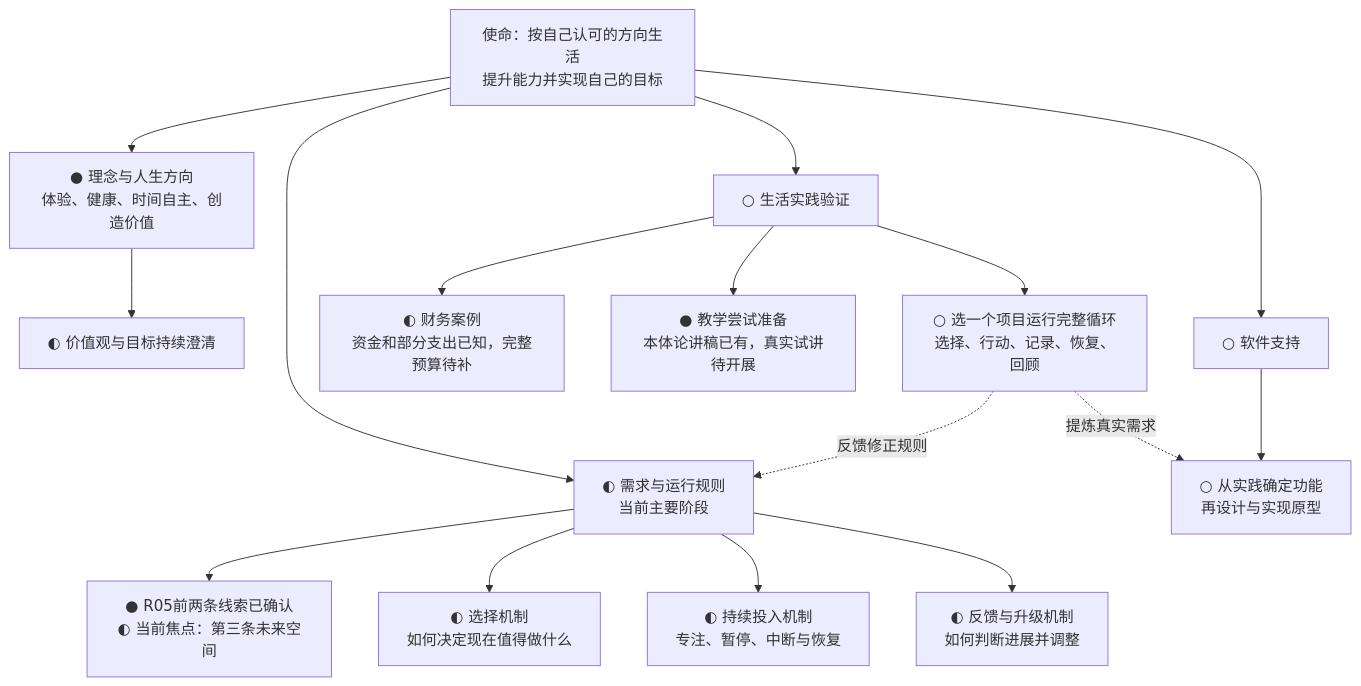
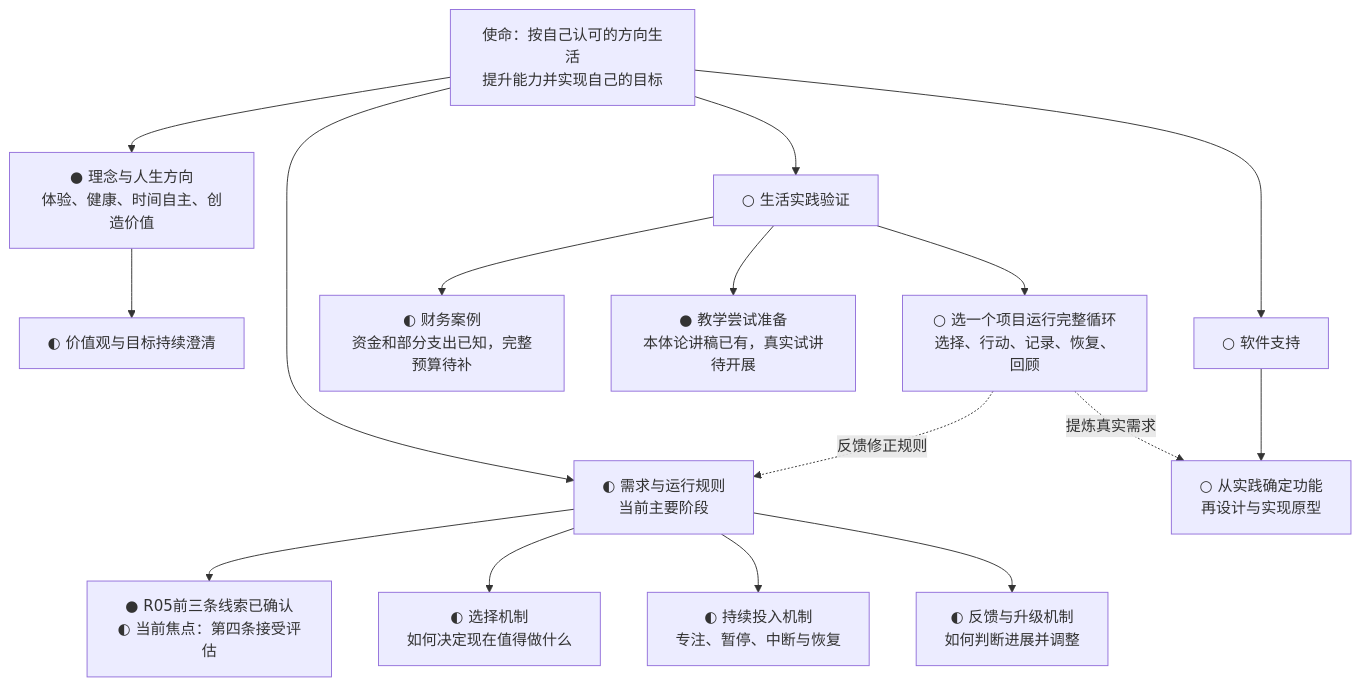
Before and after one commit to fangjiaqi2023-jpg/life-flywheel: the first of 2 diagrams in 项目/人生飞轮/项目推进图.md, drawn with Mermaid. The commit also changed other lines of this file, not shown here.

````diff
--- a/项目/人生飞轮/项目推进图.md
+++ b/项目/人生飞轮/项目推进图.md
@@ -11,22 +11,22 @@
 ```mermaid
 flowchart TD
     M[使命：按自己认可的方向生活<br/>提升能力并实现自己的目标]
     M --> A[● 理念与人生方向<br/>体验、健康、时间自主、创造价值]
     M --> B[◐ 需求与运行规则<br/>当前主要阶段]
     M --> C[○ 生活实践验证]
     M --> D[○ 软件支持]
 
     A --> A1[◐ 价值观与目标持续澄清]
-    B --> B0[● R05前两条线索已确认<br/>◐ 当前焦点：第三条未来空间]
+    B --> B0[● R05前三条线索已确认<br/>◐ 当前焦点：第四条接受评估]
     B --> B1[◐ 选择机制<br/>如何决定现在值得做什么]
     B --> B2[◐ 持续投入机制<br/>专注、暂停、中断与恢复]
     B --> B3[◐ 反馈与升级机制<br/>如何判断进展并调整]
 
     C --> C1[◐ 财务案例<br/>资金和部分支出已知，完整预算待补]
     C --> C2[● 教学尝试准备<br/>本体论讲稿已有，真实试讲待开展]
     C --> C3[○ 选一个项目运行完整循环<br/>选择、行动、记录、恢复、回顾]
     D --> D1[○ 从实践确定功能<br/>再设计与实现原型]
 
     C3 -.反馈修正规则.-> B
     C3 -.提炼真实需求.-> D1
 ```
````
